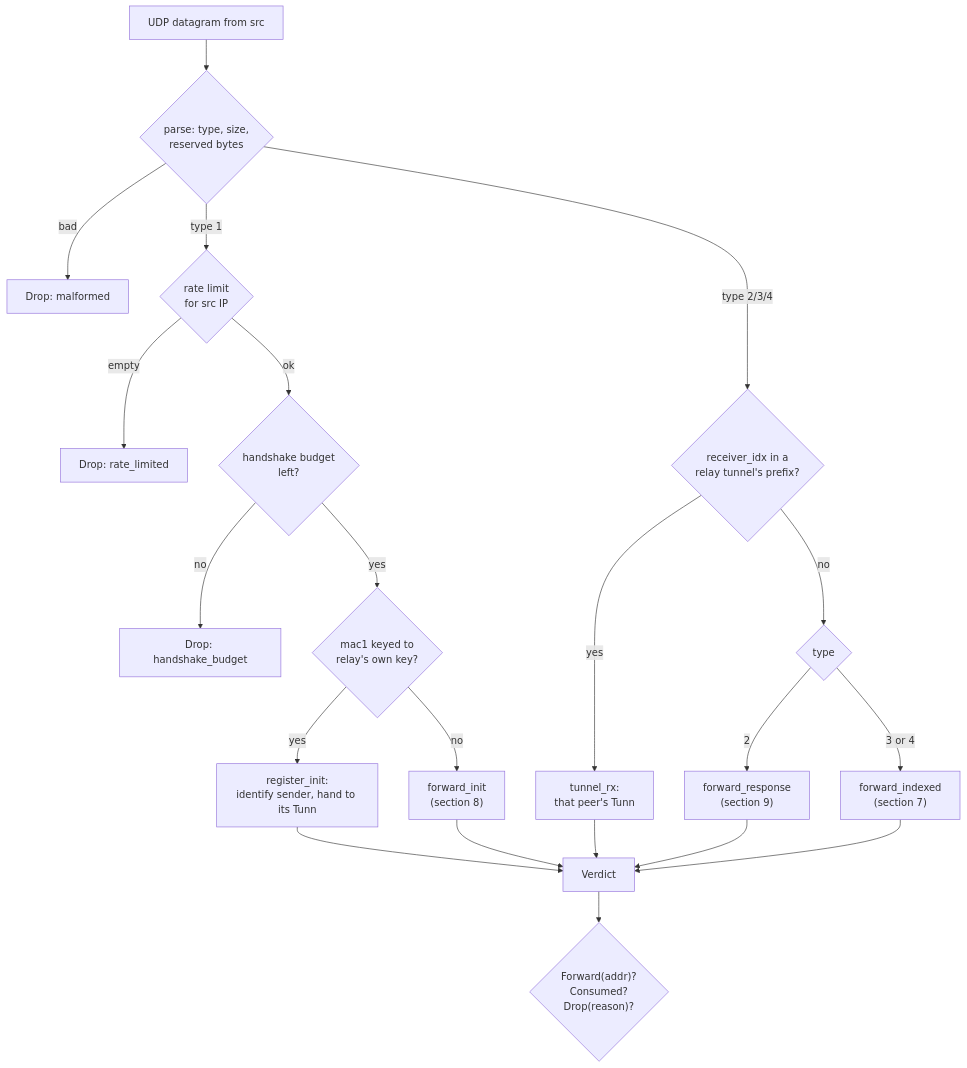
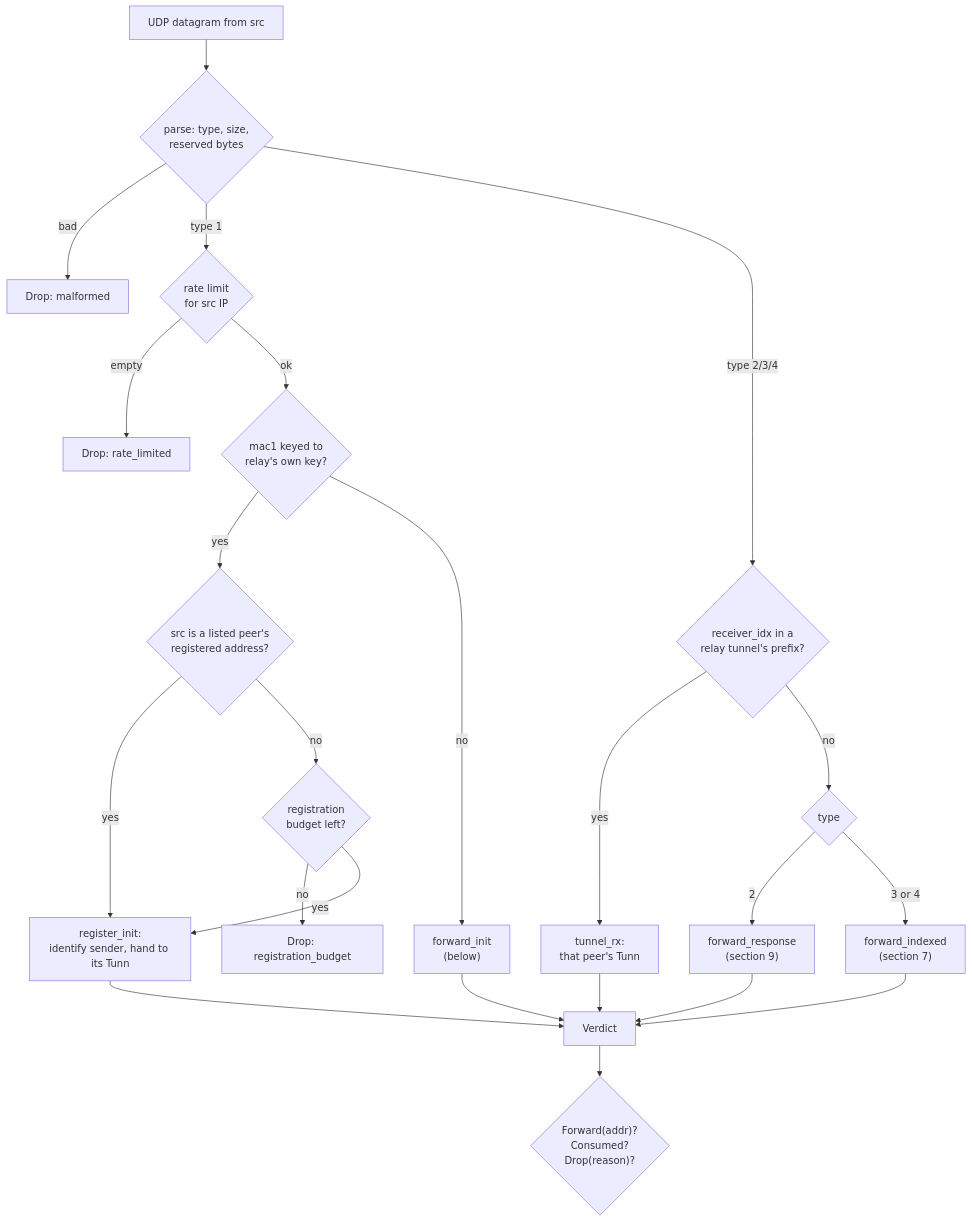
Before and after one commit to 3alpha/wg-relay: diagram 14 of 22 in docs/how-it-works.md, drawn with Mermaid. The commit also changed other lines of this file and 7 other files, not shown here.

First line of the commit message:
fix(relay): keep handshake floods from causing a relay-wide outage

````diff
--- a/docs/how-it-works.md
+++ b/docs/how-it-works.md
@@ -458,23 +459,25 @@
 ```mermaid
 flowchart TD
     IN["UDP datagram from src"] --> P{"parse: type, size,<br/>reserved bytes"}
     P -- bad --> M["Drop: malformed"]
     P -- "type 1" --> RL{"rate limit<br/>for src IP"}
     RL -- empty --> D1["Drop: rate_limited"]
-    RL -- ok --> BG{"handshake budget<br/>left?"}
-    BG -- no --> D2["Drop: handshake_budget"]
-    BG -- yes --> RM{"mac1 keyed to<br/>relay's own key?"}
-    RM -- yes --> REG["register_init:<br/>identify sender, hand to its Tunn"]
-    RM -- no --> FI["forward_init<br/>(section 8)"]
+    RL -- ok --> RM{"mac1 keyed to<br/>relay's own key?"}
+    RM -- yes --> RS{"src is a listed peer's<br/>registered address?"}
+    RS -- yes --> REG["register_init:<br/>identify sender, hand to its Tunn"]
+    RS -- no --> RB{"registration<br/>budget left?"}
+    RB -- no --> D2["Drop: registration_budget"]
+    RB -- yes --> REG
+    RM -- no --> FI["forward_init<br/>(below)"]
     P -- "type 2/3/4" --> PX{"receiver_idx in a<br/>relay tunnel's prefix?"}
     PX -- yes --> TR["tunnel_rx:<br/>that peer's Tunn"]
     PX -- no --> T2{"type"}
     T2 -- 2 --> FR["forward_response<br/>(section 9)"]
     T2 -- "3 or 4" --> FX["forward_indexed<br/>(section 7)"]
     REG --> V["Verdict"]
     TR --> V
     FI --> V
     FR --> V
     FX --> V
     V --> OUT{"Forward(addr)?<br/>Consumed?<br/>Drop(reason)?"}
 ```
````
